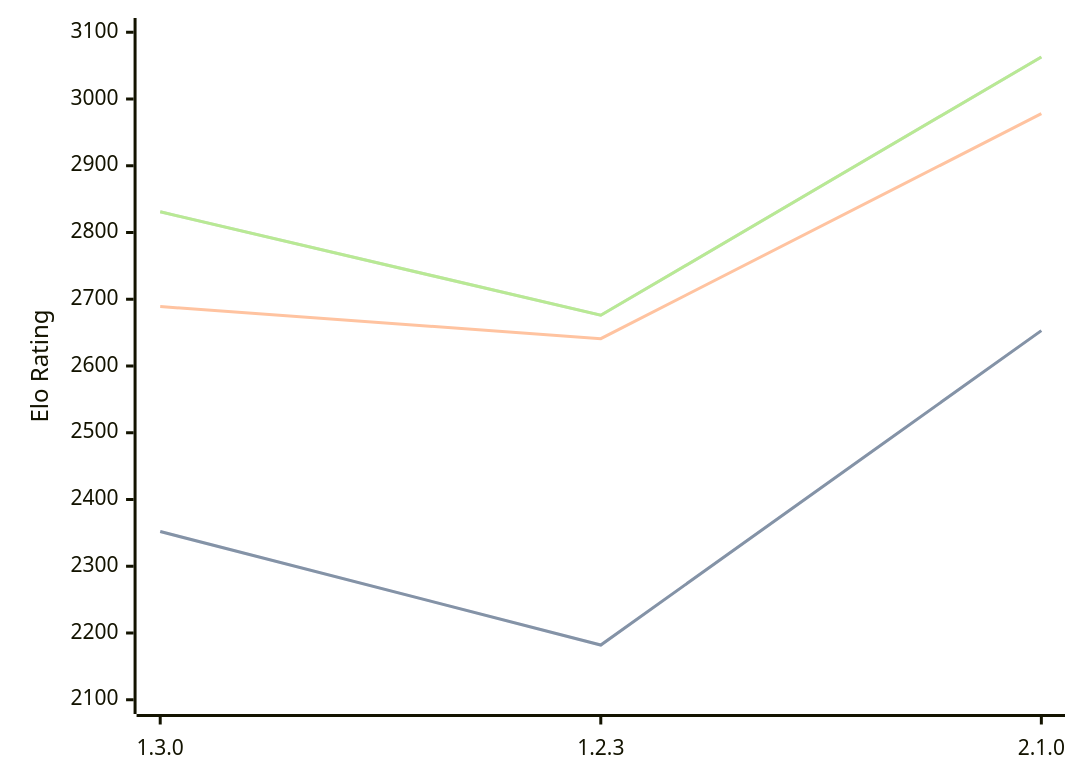
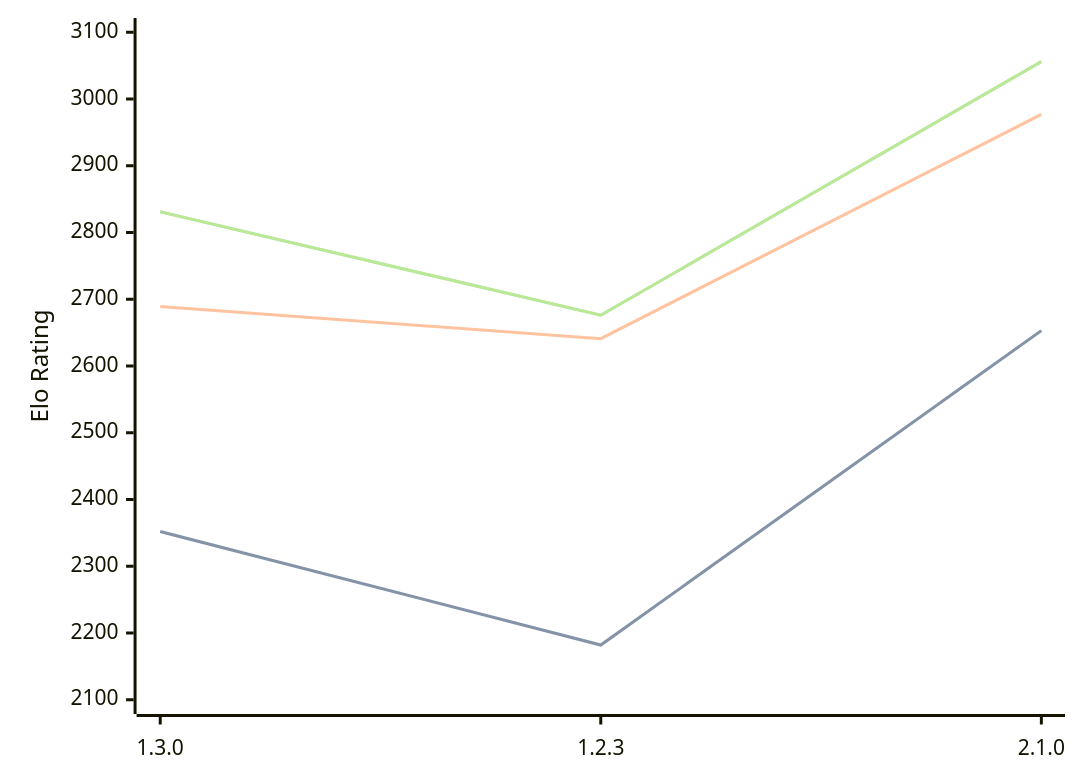
One commit to computer-chess-index/cci changed the diagram in engines/Aspen.md. Above: the diagram before and after it, drawn with Mermaid. The commit also changed other lines of this file, not shown here.

Commit message:
Update CCI Ratings (ELO VLTC) - 2026-06-10

````diff
--- a/engines/Aspen.md
+++ b/engines/Aspen.md
@@ -43,11 +43,11 @@
 ```mermaid
 %%{init: {"theme":"base","themeVariables":{"seriesColors:['#a3a3a3','#222221','#faa371']}}}%%
 xychart-beta
   x-axis ["1.3.0", "1.2.3", "2.1.0"]
   y-axis "Elo Rating" 2100 --> 3100
   line "STC (8.0+0.08s)" [2352, 2182, 2653]
   line "STC (8.0+0.08s)" [2352, 2182, 2653]
-  line "LTC (60.0+0.60s)" [2689, 2641, 2978]
-  line "VLTC (2m24s+1.12s)" [2831, 2676, 3063]
-  line "VLTC (2m24s+1.12s)" [2831, 2676, 3063]
+  line "LTC (60.0+0.60s)" [2689, 2641, 2977]
+  line "VLTC (2m24s+1.12s)" [2831, 2676, 3056]
+  line "VLTC (2m24s+1.12s)" [2831, 2676, 3056]
 ```
````
